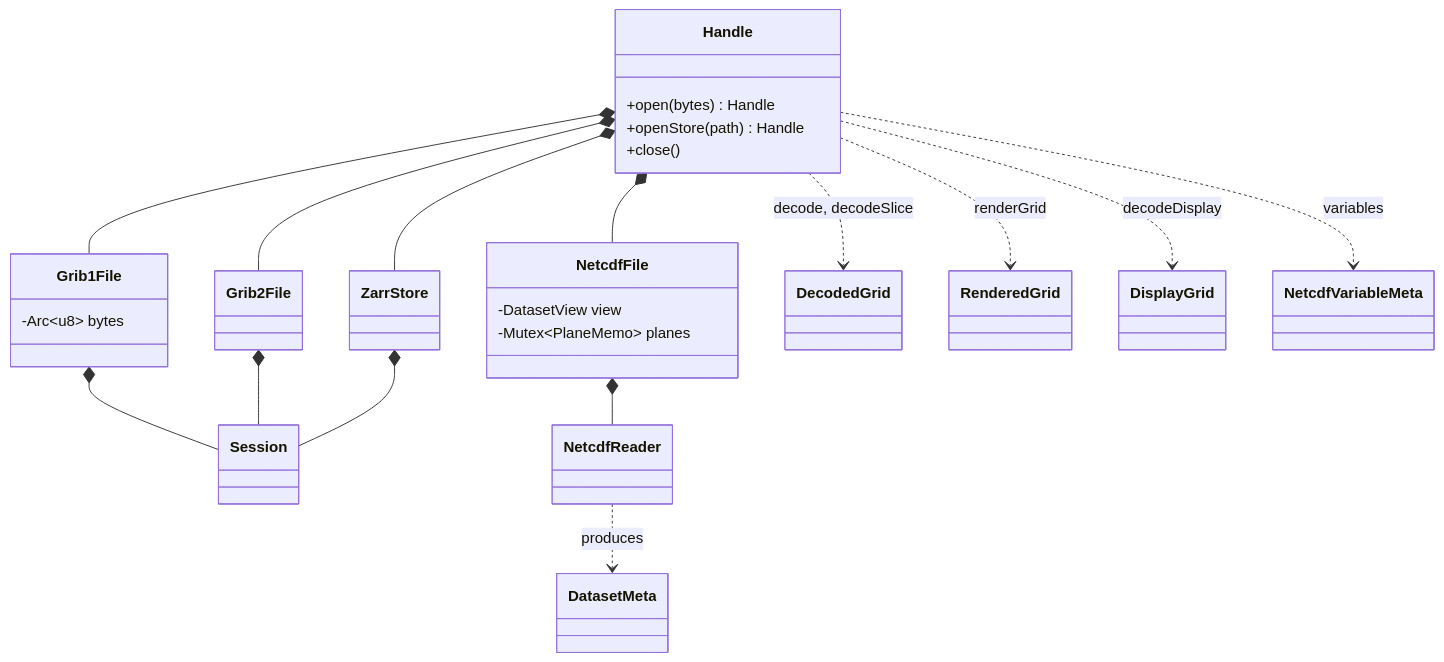
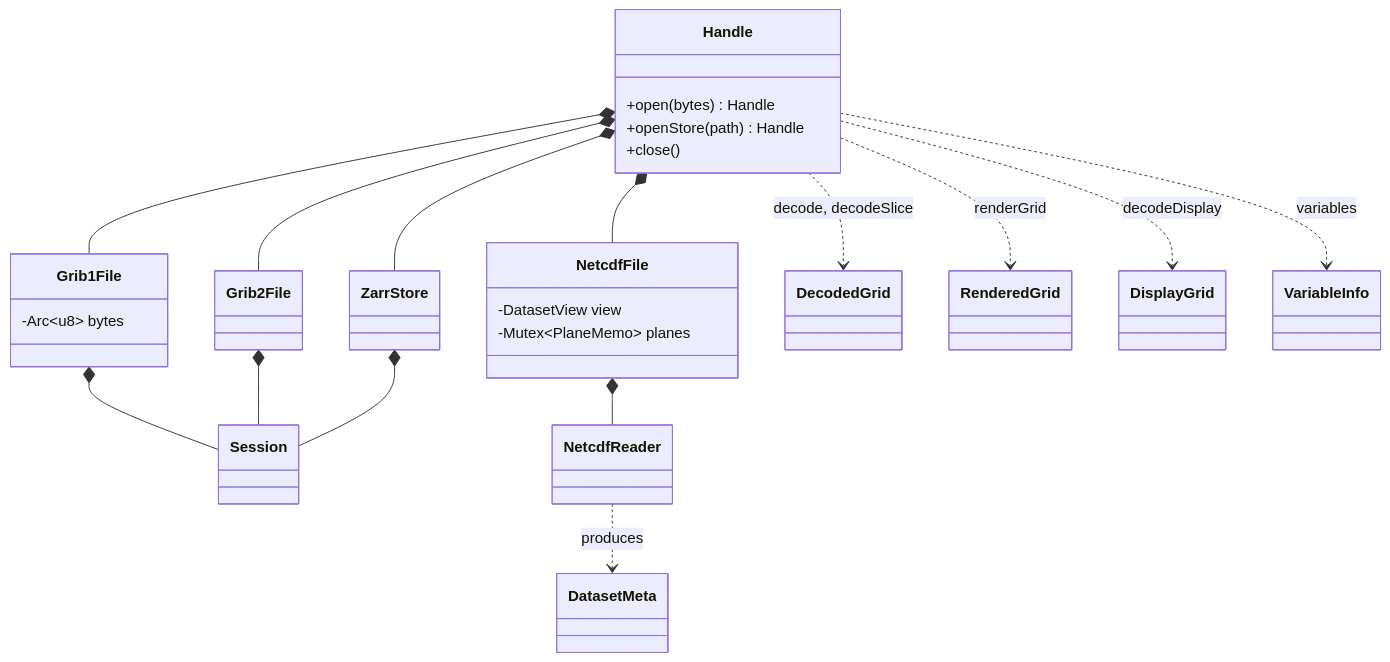
The sixth of 6 diagrams in docs/architecture/03-composition.md (D0ubleD0uble/fieldglass), drawn with Mermaid before and after one commit. The commit also changed 56 other files, not shown here.

````diff
--- a/docs/architecture/03-composition.md
+++ b/docs/architecture/03-composition.md
@@ -151,30 +151,30 @@
 ```mermaid
 classDiagram
     class Handle {
         +open(bytes) Handle
         +openStore(path) Handle
         +close()
     }
     class Grib1File {
         -Arc~u8~ bytes
     }
     class Grib2File
     class NetcdfFile {
         -DatasetView view
         -Mutex~PlaneMemo~ planes
     }
     class ZarrStore
     Handle *-- Grib1File
     Handle *-- Grib2File
     Handle *-- NetcdfFile
     Handle *-- ZarrStore
     Grib1File *-- Session
     Grib2File *-- Session
     ZarrStore *-- Session
     NetcdfFile *-- NetcdfReader
     Handle ..> DecodedGrid : decode, decodeSlice
     Handle ..> RenderedGrid : renderGrid
     Handle ..> DisplayGrid : decodeDisplay
-    Handle ..> NetcdfVariableMeta : variables
+    Handle ..> VariableInfo : variables
     NetcdfReader ..> DatasetMeta : produces
 ```
````
